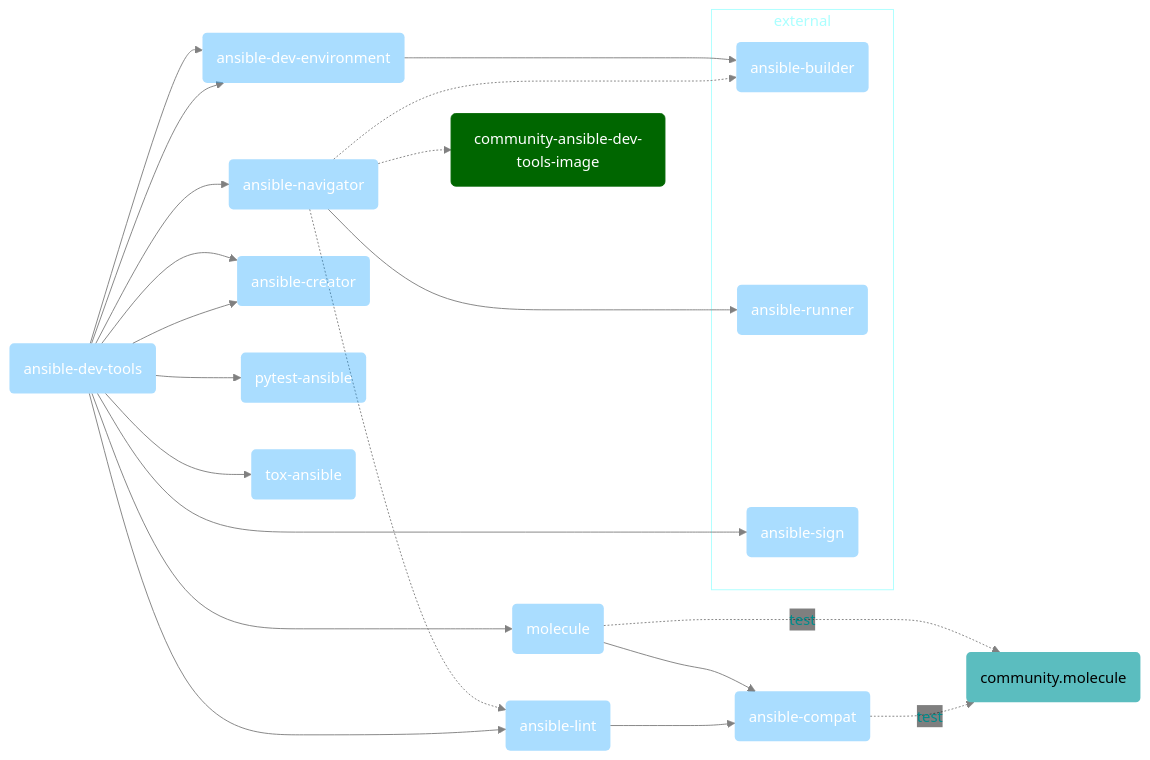
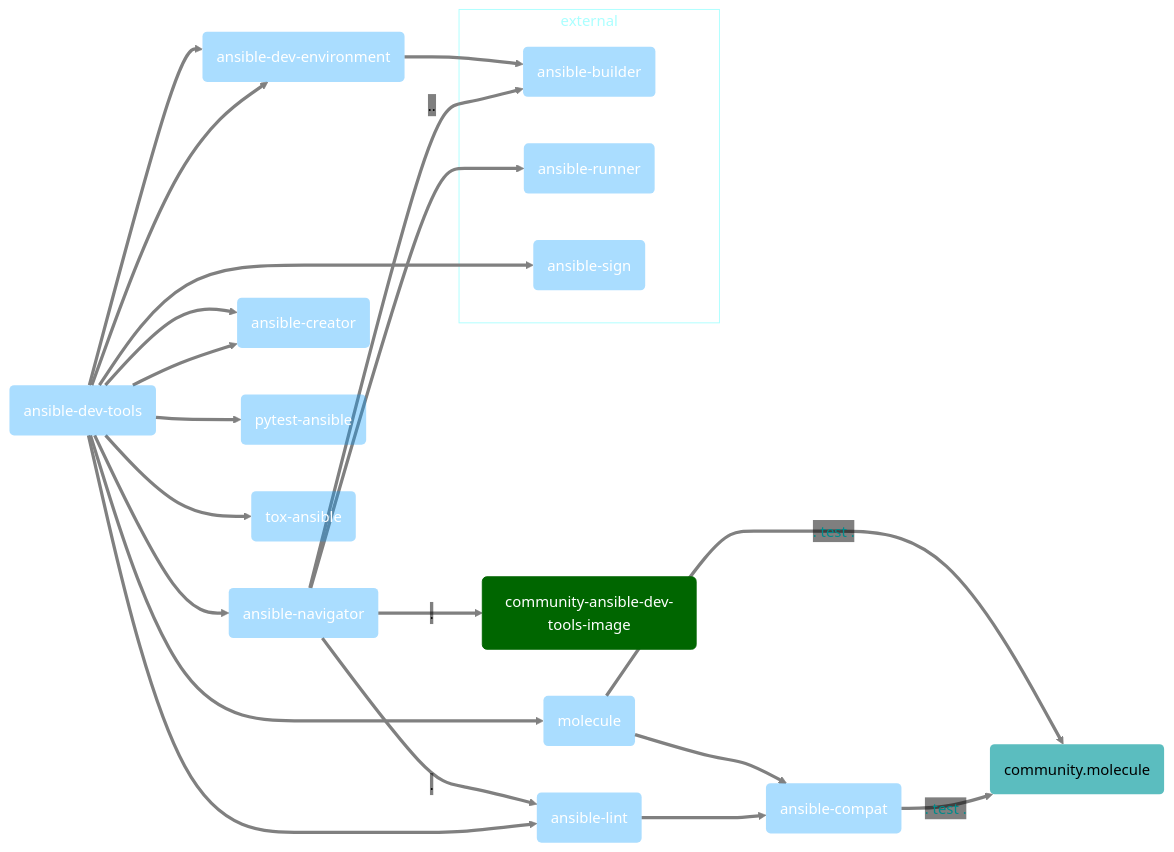
Before and after one commit to ansible/team-devtools: the first of 3 diagrams in README.md, drawn with Mermaid. The commit also changed other lines of this file and 4 other files, not shown here.

````diff
--- a/README.md
+++ b/README.md
@@ -14,74 +14,74 @@
 ```mermaid
 %%{init: {'theme':'neutral', 'themeVariables': { 'edgeLabelBackground': 'transparent'}}}%%
 graph LR
 
   lint(ansible-lint):::pyclass
   compat(ansible-compat):::pyclass
   navigator(ansible-navigator):::pyclass
   adt(ansible-dev-tools):::pyclass;
   ade(ansible-dev-environment):::pyclass
   creator(ansible-creator):::pyclass;
   pytest-ansible(pytest-ansible):::pyclass
   tox-ansible(tox-ansible):::pyclass
   molecule(molecule):::pyclass
   community.molecule(community.molecule):::collectionclass
   builder(ansible-builder):::pyclass
   runner(ansible-runner):::pyclass
   image(community-ansible-dev-tools-image):::containerclass
   sign(ansible-sign):::pyclass
 
   classDef tsclass fill:#f90,stroke:#f90,color:#333
   classDef containerclass fill:#060,stroke:#060,color:#fff
   classDef collectionclass fill:#5bbdbf,stroke-width:0px
   classDef pyclass fill:#09f5,stroke:#09f0,color:#fff
   style external color:#0FF5,fill:#fff0,stroke:#0FF5
   linkStyle default stroke:grey,text-decoration:none
 
 subgraph external
   builder
   runner
   sign
 end
 
-  adt --> lint
-  adt --> navigator
-  adt --> molecule
-  adt --> ade
-  adt --> creator
-  adt --> sign
+  adt ==> lint
+  adt ==> navigator
+  adt ==> molecule
+  adt ==> ade
+  adt ==> creator
+  adt ==> sign
 
-  lint --> compat
-  compat -. test .-> community.molecule
-  molecule --> compat
-  molecule -. test .-> community.molecule:::collectionclass
+  lint ==> compat
+  compat ==. test .==> community.molecule
+  molecule ==> compat
+  molecule ==. test .==> community.molecule:::collectionclass
 
-  navigator -.-> lint
-  navigator -.-> image
-  navigator --> runner
-  navigator -..-> builder
+  navigator ==.==> lint
+  navigator ==.==> image
+  navigator ==> runner
+  navigator ==..==> builder
 
-  adt --> ade;
-  adt --> creator
-  adt --> pytest-ansible
-  adt --> tox-ansible;
+  adt ==> ade;
+  adt ==> creator
+  adt ==> pytest-ansible
+  adt ==> tox-ansible;
 
-  ade --> builder;
+  ade ==> builder;
 
   click adt "https://github.com/ansible/ansible-dev-tools"
   click ade "https://github.com/ansible/ansible-dev-environment"
   click runner "https://github.com/ansible/ansible-runner"
   click builder "https://github.com/ansible/ansible-builder"
   click community.molecule "https://github.com/ansible-collections/community.molecule"
   click molecule href "https://github.com/ansible/molecule"
   click image href "#container-image"
   click ws "https://github.com/ansible/ansible-workspace-env-reference-image"
   click lint href "https://github.com/ansible/ansible-lint"
   click compat href "https://github.com/ansible/ansible-compat"
   click navigator href "https://github.com/ansible/ansible-navigator"
   click creator href "https://github.com/ansible/ansible-creator"
   click tox-ansible href "https://github.com/ansible/tox-ansible"
   click pytest-ansible href "https://github.com/ansible/pytest-ansible"
 
   linkStyle 0,1,2,3,4,5,6,7,8,9 color:darkcyan
 
 ```
````
